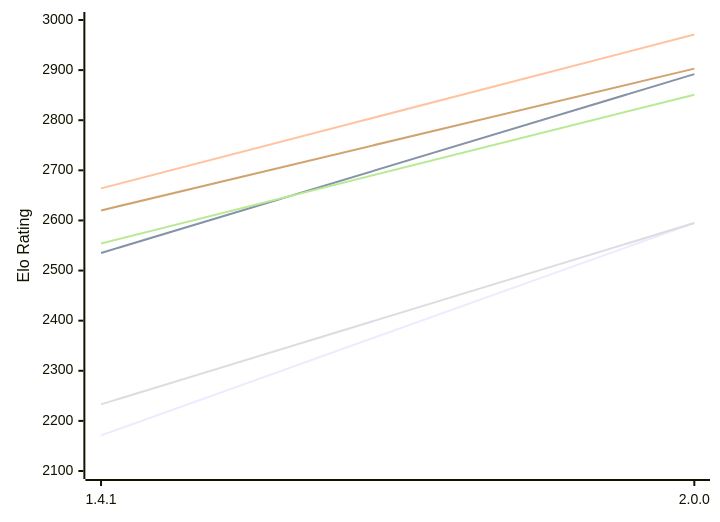
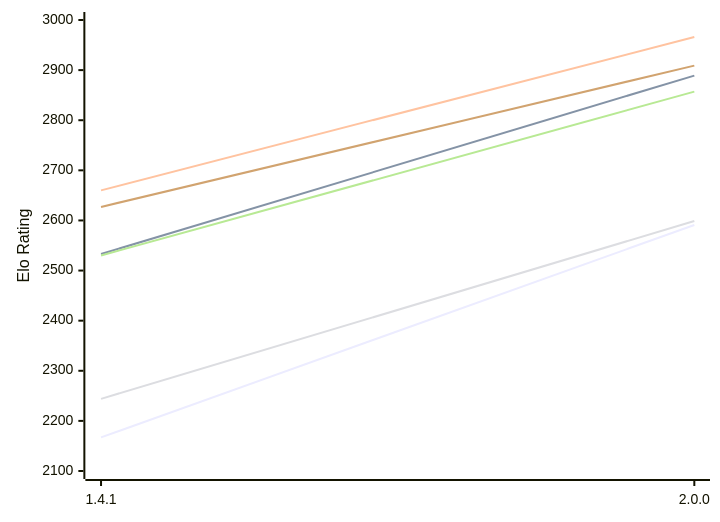
Before and after one commit to computer-chess-index/cci: the first of 2 diagrams in engines/Chal.md, drawn with Mermaid. The commit also changed other lines of this file, not shown here.

Commit message:
Update CCI Ratings (ELO VLTC) - 2026-11-21

````diff
--- a/engines/Chal.md
+++ b/engines/Chal.md
@@ -55,12 +55,12 @@
 ```mermaid
 %%{init: {"theme":"base","themeVariables":{"seriesColors:['#a3a3a3','#222221','#faa371']}}}%%
 xychart-beta
   x-axis ["1.4.1", "2.0.0"]
   y-axis "Elo Rating" 2100 --> 3000
-  line "E1: STC (8.0+0.08s)" [2171, 2595]
-  line "E1: LTC (60.0+0.60s)" [2535, 2892]
-  line "E1: VLTC (2m24s+1.12s)" [2664, 2971]
-  line "P1: STC (8.0+0.08s)" [2233, 2595]
-  line "P1: LTC (60.0+0.60s)" [2554, 2851]
-  line "P1: VLTC (2m24s+1.12s)" [2620, 2903]
+  line "E1: STC (8.0+0.08s)" [2167, 2591]
+  line "E1: LTC (60.0+0.60s)" [2533, 2889]
+  line "E1: VLTC (2m24s+1.12s)" [2660, 2966]
+  line "P1: STC (8.0+0.08s)" [2244, 2599]
+  line "P1: LTC (60.0+0.60s)" [2530, 2857]
+  line "P1: VLTC (2m24s+1.12s)" [2627, 2909]
 ```
````
